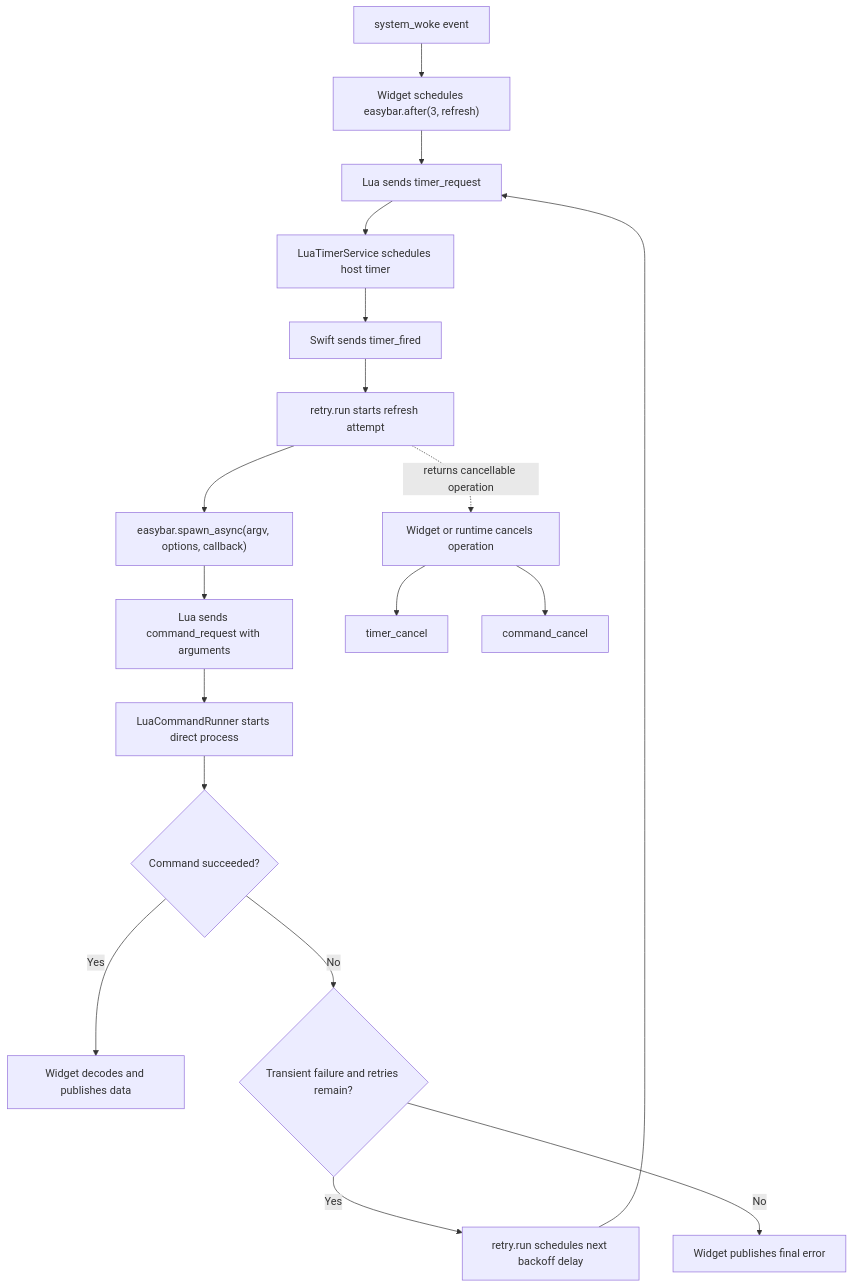
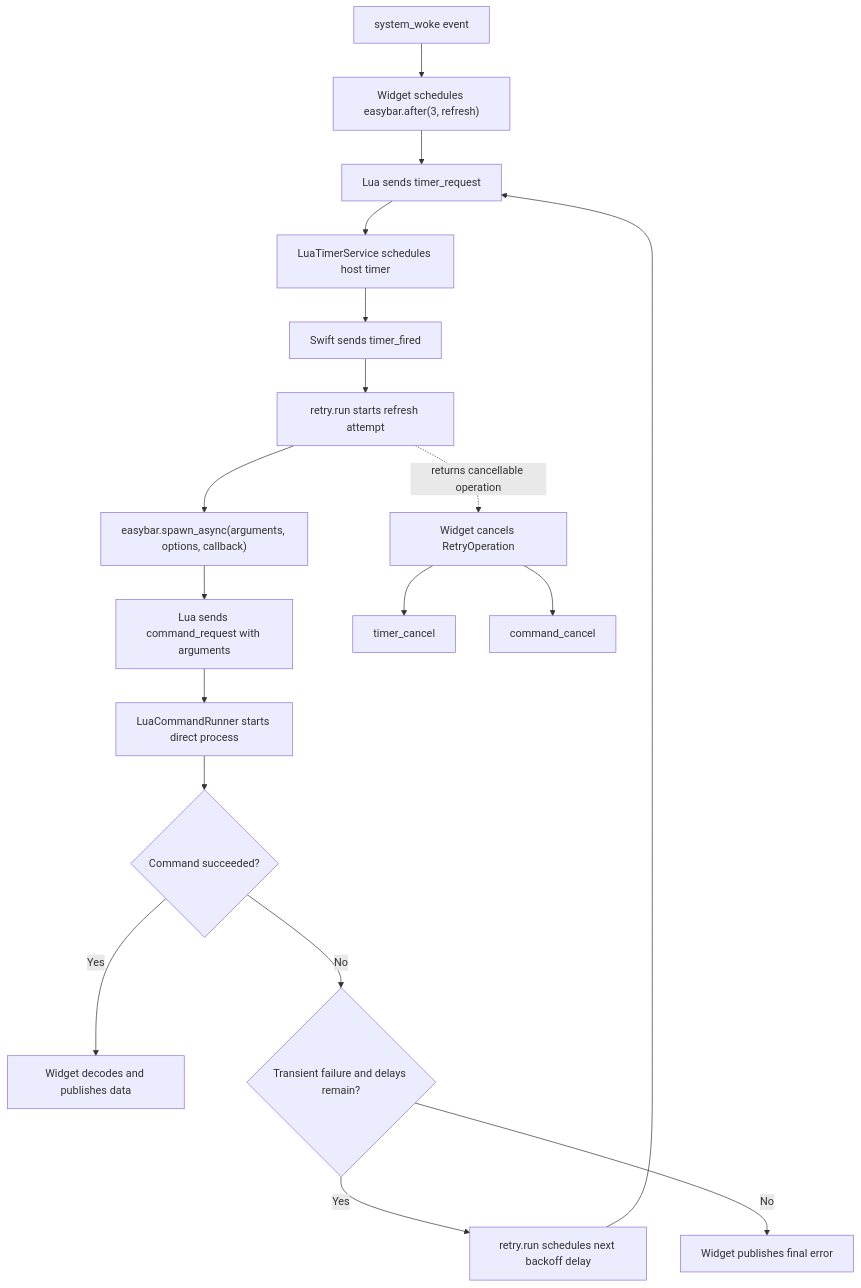
One commit to gi8lino/easybar changed the second of 2 diagrams in docs/content/internals/lua-runtime/overview.md. Above: the diagram before and after it, drawn with Mermaid. The commit also changed other lines of this file and 10 other files, not shown here.

````diff
--- a/docs/content/internals/lua-runtime/overview.md
+++ b/docs/content/internals/lua-runtime/overview.md
@@ -131,40 +131,38 @@
 ```mermaid
 flowchart TD
     Wake["system_woke event"]
     WidgetDelay["Widget schedules easybar.after(3, refresh)"]
     TimerRequest["Lua sends timer_request"]
     HostTimer["LuaTimerService schedules host timer"]
     TimerFired["Swift sends timer_fired"]
     Retry["retry.run starts refresh attempt"]
-    Spawn["easybar.spawn_async(argv, options, callback)"]
+    Spawn["easybar.spawn_async(arguments, options, callback)"]
     CommandRequest["Lua sends command_request with arguments"]
     CommandRunner["LuaCommandRunner starts direct process"]
     Result{"Command succeeded?"}
     Publish["Widget decodes and publishes data"]
-    Transient{"Transient failure and retries remain?"}
+    Transient{"Transient failure and delays remain?"}
     Backoff["retry.run schedules next backoff delay"]
     Failure["Widget publishes final error"]
-    Cancel["Widget or runtime cancels operation"]
+    Cancel["Widget cancels RetryOperation"]
     CancelTimer["timer_cancel"]
     CancelCommand["command_cancel"]
 
     Wake --> WidgetDelay
     WidgetDelay --> TimerRequest
     TimerRequest --> HostTimer
     HostTimer --> TimerFired
     TimerFired --> Retry
     Retry --> Spawn
     Spawn --> CommandRequest
     CommandRequest --> CommandRunner
     CommandRunner --> Result
-
     Result -- Yes --> Publish
     Result -- No --> Transient
     Transient -- Yes --> Backoff
     Backoff --> TimerRequest
     Transient -- No --> Failure
-
     Retry -. returns cancellable operation .-> Cancel
     Cancel --> CancelTimer
     Cancel --> CancelCommand
 ```
````
